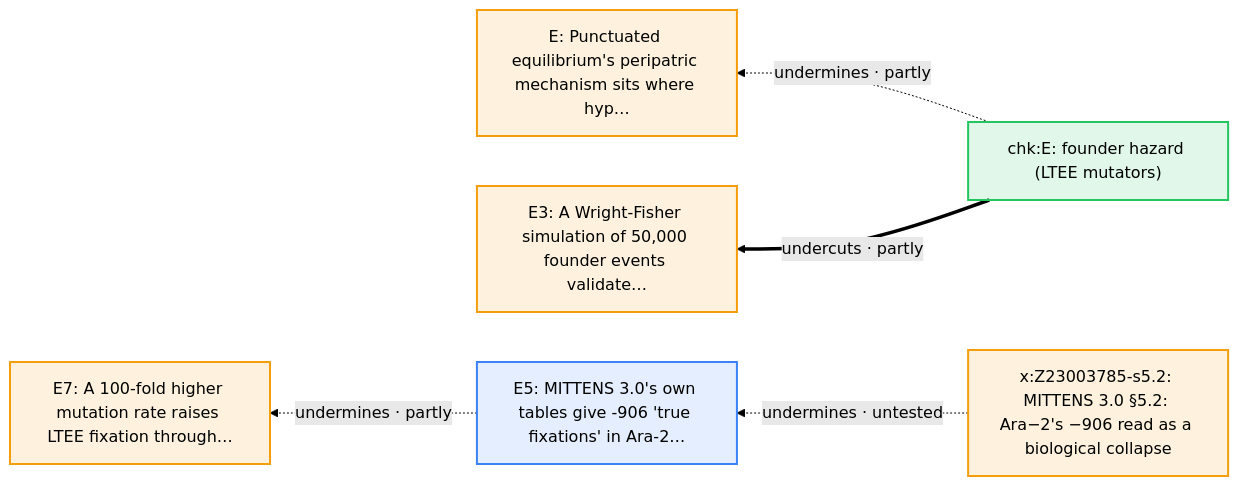
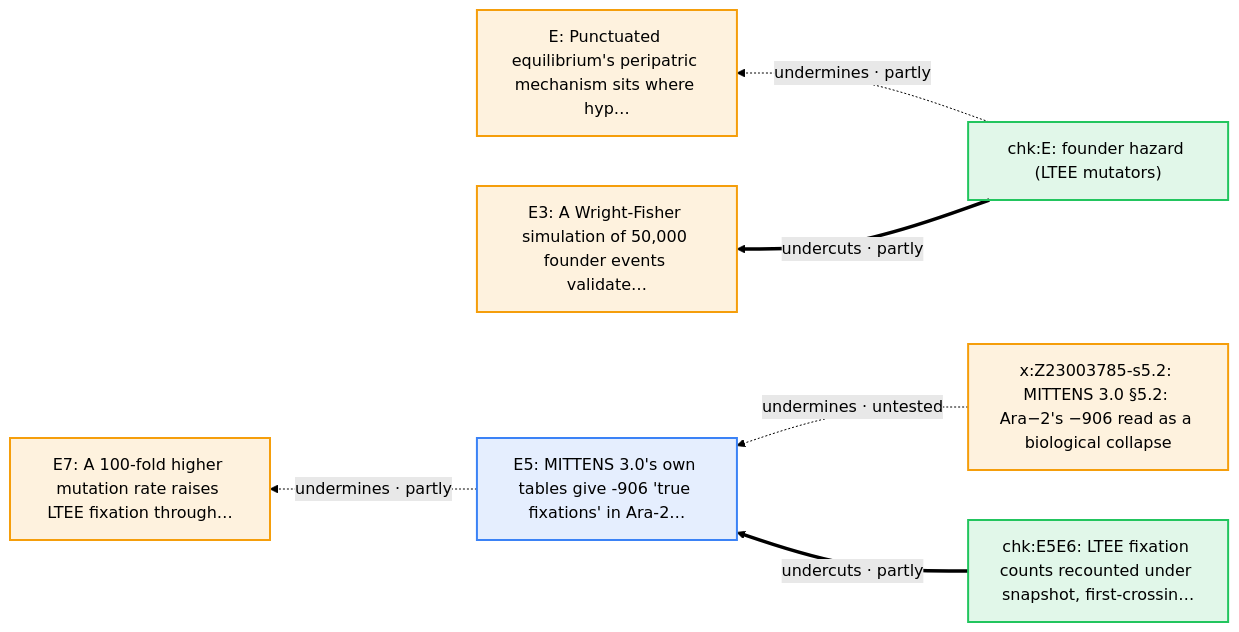
One commit to nickallevato/evo-sim changed diagram 11 of 19 in docs/arguments/defeaters.md. Above: the diagram before and after it, drawn with Mermaid (forest theme). The commit also changed other lines of this file and 22 other files, not shown here.

````diff
--- a/docs/arguments/defeaters.md
+++ b/docs/arguments/defeaters.md
@@ -578,18 +584,20 @@
 ```mermaid
 flowchart RL
   classDef day fill:#f59e0b22,stroke:#f59e0b,stroke-width:2px
   classDef ally fill:#d9770622,stroke:#d97706,stroke-width:2px
   classDef critic fill:#3b82f622,stroke:#3b82f6,stroke-width:2px
   classDef literature fill:#a3a3a322,stroke:#a3a3a3,stroke-width:2px
   classDef audit fill:#22c55e22,stroke:#22c55e,stroke-width:2px
   E["E: Punctuated equilibrium's peripatric mechanism sits where hyp…"]:::day
   E3["E3: A Wright-Fisher simulation of 50,000 founder events validate…"]:::day
   E5["E5: MITTENS 3.0's own tables give -906 'true fixations' in Ara-2…"]:::critic
   E7["E7: A 100-fold higher mutation rate raises LTEE fixation through…"]:::day
   chk_E["chk:E: founder hazard (LTEE mutators)"]:::audit
+  chk_E5E6["chk:E5E6: LTEE fixation counts recounted under snapshot, first-crossin…"]:::audit
   x_Z23003785_s5_2["x:Z23003785-s5.2: MITTENS 3.0 §5.2: Ara−2's −906 read as a biological collapse"]:::day
   x_Z23003785_s5_2 -.->|"undermines · untested"| E5
+  chk_E5E6 ==>|"undercuts · partly"| E5
   chk_E ==>|"undercuts · partly"| E3
   E5 -.->|"undermines · partly"| E7
   chk_E -.->|"undermines · partly"| E
 ```
````
